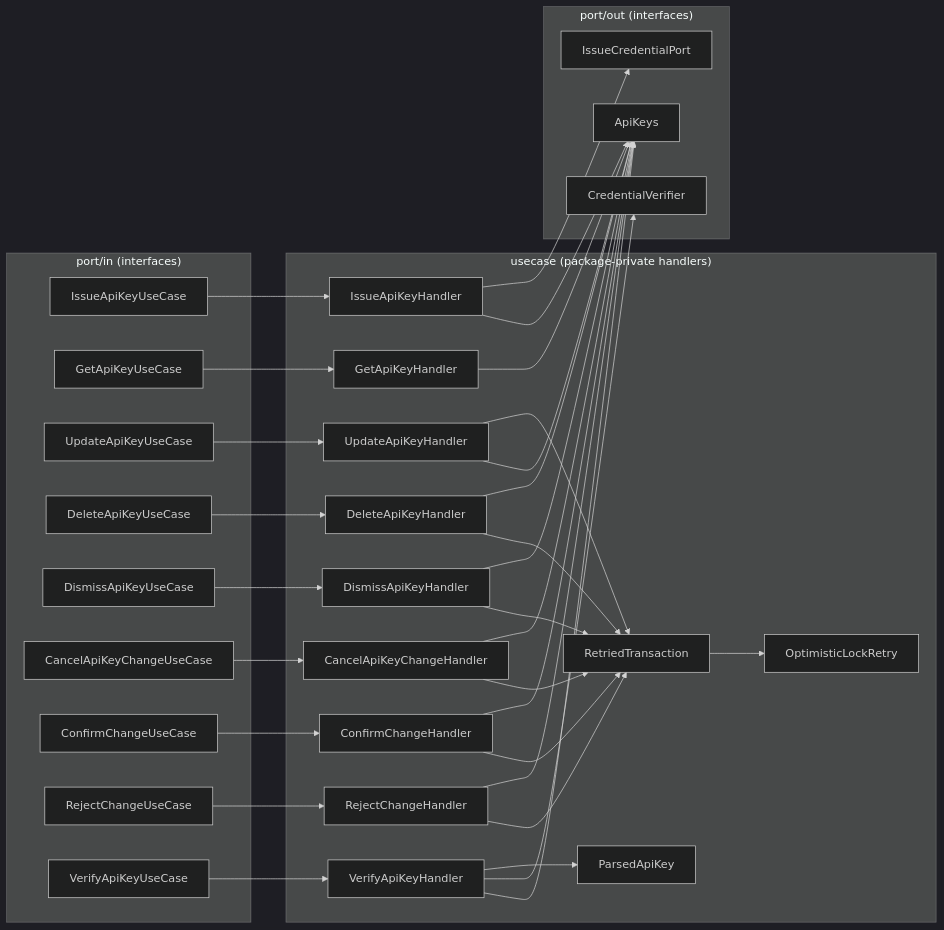
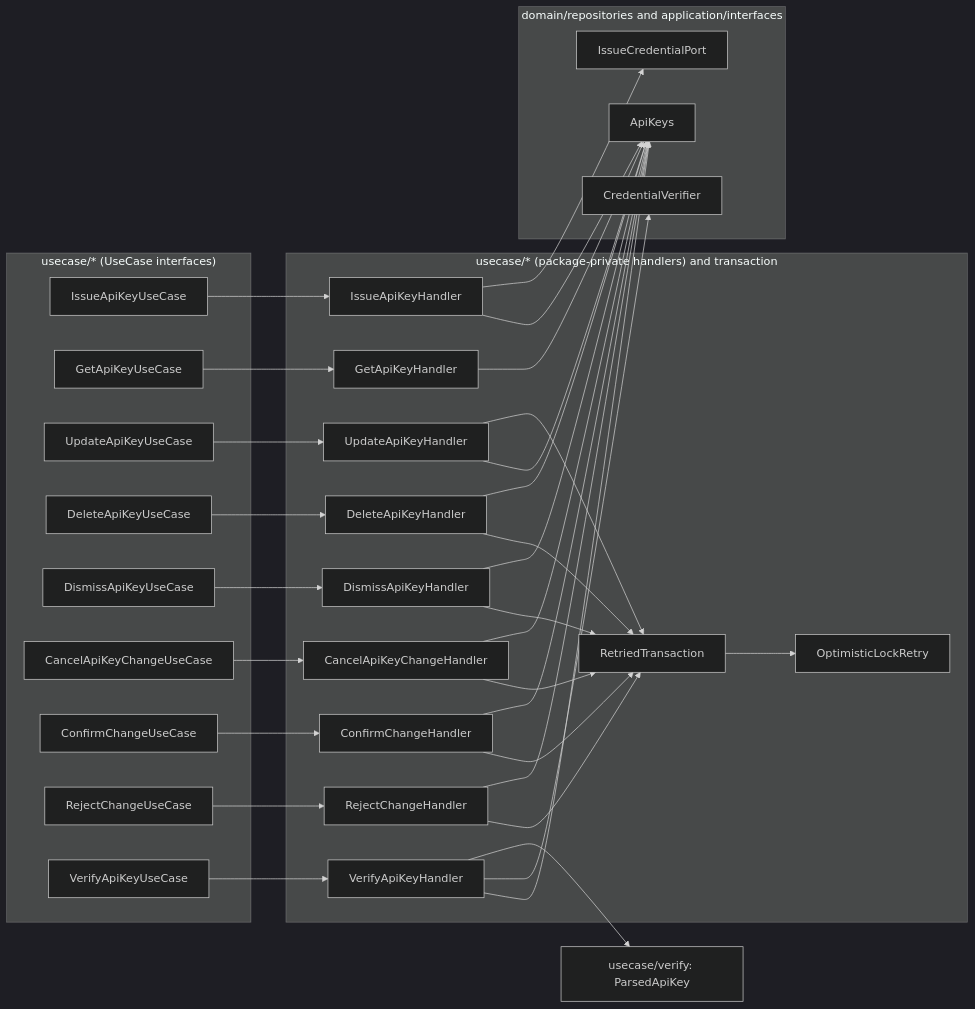
The fourth of 7 diagrams in docs/access-class-structure.md (Dhiren9939/HQ-Tier0), drawn with Mermaid (dark theme) before and after one commit. The commit also changed other lines of this file and 2 other files, not shown here.

Commit message:
docs: update Access docs for the layered package layout and inbound events

````diff
--- a/docs/access-class-structure.md
+++ b/docs/access-class-structure.md
@@ -274,63 +295,63 @@
 ```mermaid
 flowchart LR
-    subgraph portin["port/in (interfaces)"]
+    subgraph portin["usecase/* (UseCase interfaces)"]
         IssueUC["IssueApiKeyUseCase"]
         GetUC["GetApiKeyUseCase"]
         UpdateUC["UpdateApiKeyUseCase"]
         DeleteUC["DeleteApiKeyUseCase"]
         DismissUC["DismissApiKeyUseCase"]
         CancelUC["CancelApiKeyChangeUseCase"]
         ConfirmUC["ConfirmChangeUseCase"]
         RejectUC["RejectChangeUseCase"]
         VerifyUC["VerifyApiKeyUseCase"]
     end
-    subgraph usecase["usecase (package-private handlers)"]
+    subgraph usecase["usecase/* (package-private handlers) and transaction"]
         IssueH["IssueApiKeyHandler"]
         GetH["GetApiKeyHandler"]
         UpdateH["UpdateApiKeyHandler"]
         DeleteH["DeleteApiKeyHandler"]
         DismissH["DismissApiKeyHandler"]
         CancelH["CancelApiKeyChangeHandler"]
         ConfirmH["ConfirmChangeHandler"]
         RejectH["RejectChangeHandler"]
         VerifyH["VerifyApiKeyHandler"]
         Tx["RetriedTransaction"]
         Retry["OptimisticLockRetry"]
-        Parsed["ParsedApiKey"]
     end
-    subgraph portout["port/out (interfaces)"]
+    Parsed["usecase/verify: ParsedApiKey"]
+    subgraph portout["domain/repositories and application/interfaces"]
         ApiKeysP["ApiKeys"]
         IssueCredP["IssueCredentialPort"]
         VerifierP["CredentialVerifier"]
     end
 
     IssueUC --> IssueH
     GetUC --> GetH
     UpdateUC --> UpdateH
     DeleteUC --> DeleteH
     DismissUC --> DismissH
     CancelUC --> CancelH
     ConfirmUC --> ConfirmH
     RejectUC --> RejectH
     VerifyUC --> VerifyH
 
     IssueH --> ApiKeysP
     IssueH --> IssueCredP
     GetH --> ApiKeysP
     UpdateH --> ApiKeysP
     UpdateH --> Tx
     DeleteH --> Tx
     DismissH --> Tx
     CancelH --> Tx
     ConfirmH --> Tx
     RejectH --> Tx
     Tx --> Retry
     DeleteH --> ApiKeysP
     DismissH --> ApiKeysP
     CancelH --> ApiKeysP
     ConfirmH --> ApiKeysP
     RejectH --> ApiKeysP
     VerifyH --> ApiKeysP
     VerifyH --> VerifierP
     VerifyH --> Parsed
 ```
````
